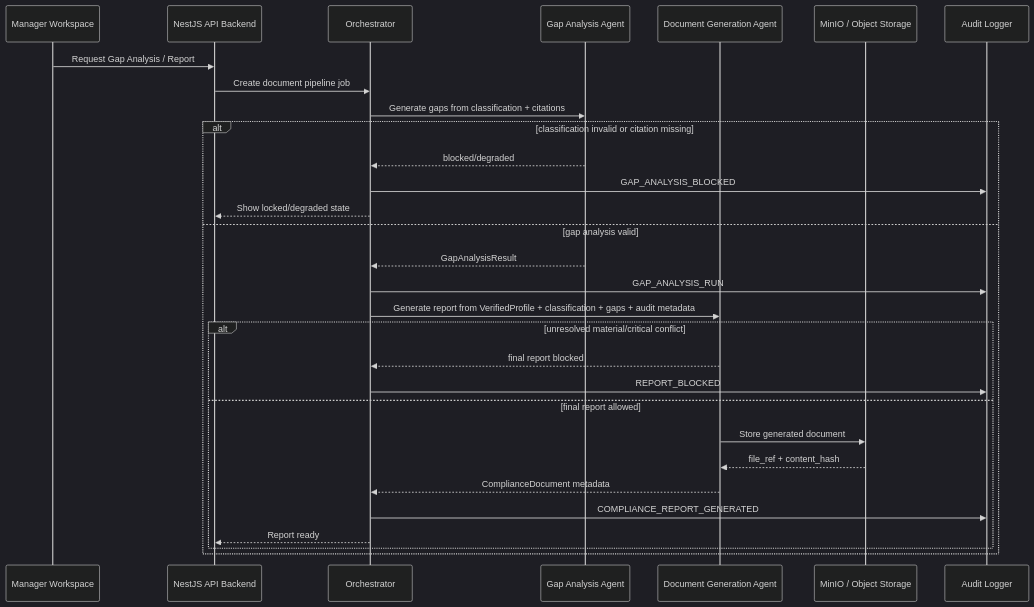
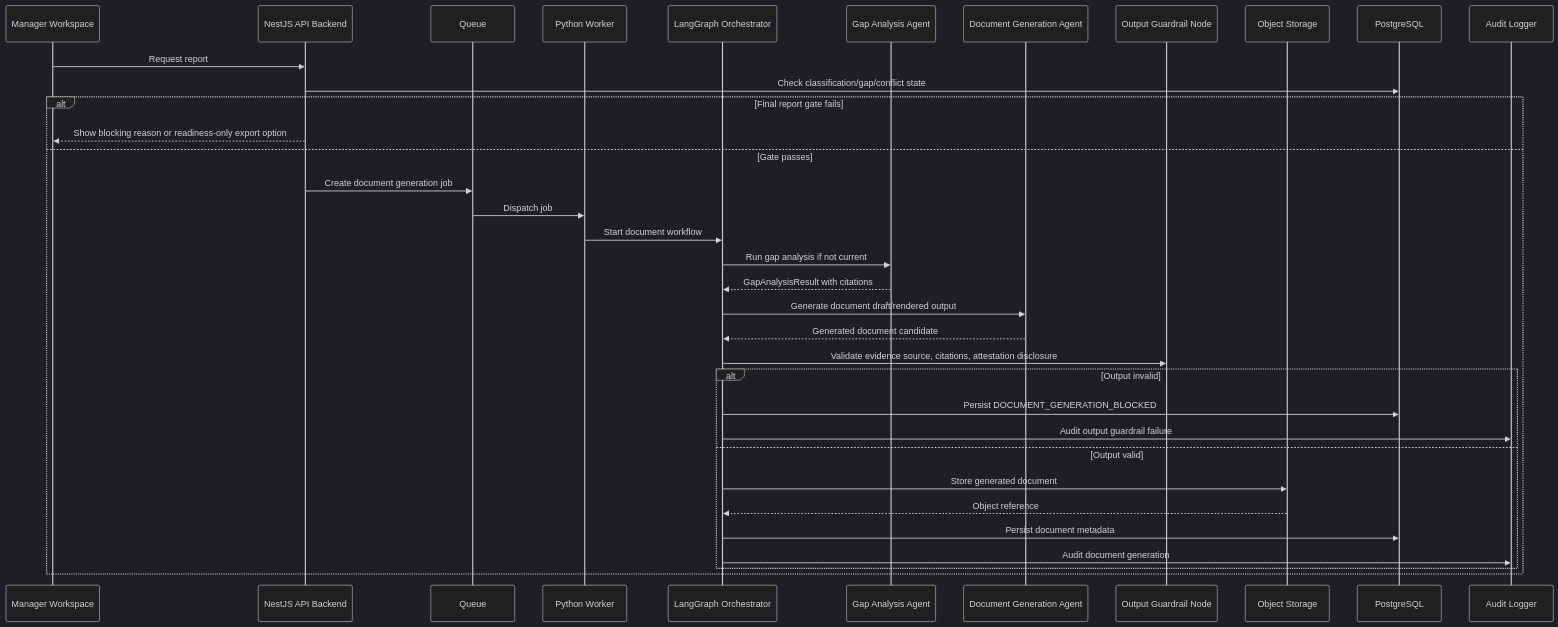
The eighth of 8 diagrams in docs/architecture/multi-agent-system-architecture.md (khovan123/LCSP), drawn with Mermaid (dark theme) before and after one commit. The commit also changed other lines of this file and 122 other files, not shown here.

````diff
--- a/docs/architecture/multi-agent-system-architecture.md
+++ b/docs/architecture/multi-agent-system-architecture.md
@@ -323,32 +734,38 @@
 ```mermaid
 sequenceDiagram
-  participant MW as Manager Workspace
-  participant API as NestJS API Backend
-  participant ORC as Orchestrator
-  participant GAP as Gap Analysis Agent
-  participant DOC as Document Generation Agent
-  participant OBJ as MinIO / Object Storage
-  participant Audit as Audit Logger
-  MW->>API: Request Gap Analysis / Report
-  API->>ORC: Create document pipeline job
-  ORC->>GAP: Generate gaps from classification + citations
-  alt classification invalid or citation missing
-    GAP-->>ORC: blocked/degraded
-    ORC->>Audit: GAP_ANALYSIS_BLOCKED
-    ORC-->>API: Show locked/degraded state
-  else gap analysis valid
-    GAP-->>ORC: GapAnalysisResult
-    ORC->>Audit: GAP_ANALYSIS_RUN
-    ORC->>DOC: Generate report from VerifiedProfile + classification + gaps + audit metadata
-    alt unresolved material/critical conflict
-      DOC-->>ORC: final report blocked
-      ORC->>Audit: REPORT_BLOCKED
-    else final report allowed
-      DOC->>OBJ: Store generated document
-      OBJ-->>DOC: file_ref + content_hash
-      DOC-->>ORC: ComplianceDocument metadata
-      ORC->>Audit: COMPLIANCE_REPORT_GENERATED
-      ORC-->>API: Report ready
+    participant MW as Manager Workspace
+    participant API as NestJS API Backend
+    participant Q as Queue
+    participant W as Python Worker
+    participant O as LangGraph Orchestrator
+    participant GA as Gap Analysis Agent
+    participant DG as Document Generation Agent
+    participant OG as Output Guardrail Node
+    participant OS as Object Storage
+    participant DB as PostgreSQL
+    participant AU as Audit Logger
+
+    MW->>API: Request report
+    API->>DB: Check classification/gap/conflict state
+    alt Final report gate fails
+        API-->>MW: Show blocking reason or readiness-only export option
+    else Gate passes
+        API->>Q: Create document generation job
+        Q->>W: Dispatch job
+        W->>O: Start document workflow
+        O->>GA: Run gap analysis if not current
+        GA-->>O: GapAnalysisResult with citations
+        O->>DG: Generate document draft/rendered output
+        DG-->>O: Generated document candidate
+        O->>OG: Validate evidence source, citations, attestation disclosure
+        alt Output invalid
+            O->>DB: Persist DOCUMENT_GENERATION_BLOCKED
+            O->>AU: Audit output guardrail failure
+        else Output valid
+            O->>OS: Store generated document
+            OS-->>O: Object reference
+            O->>DB: Persist document metadata
+            O->>AU: Audit document generation
+        end
     end
-  end
 ```
````
